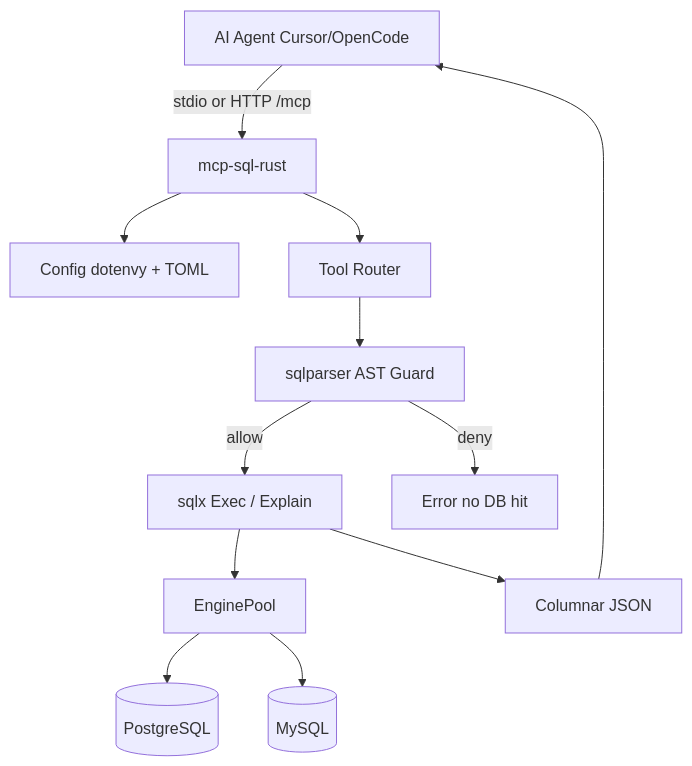
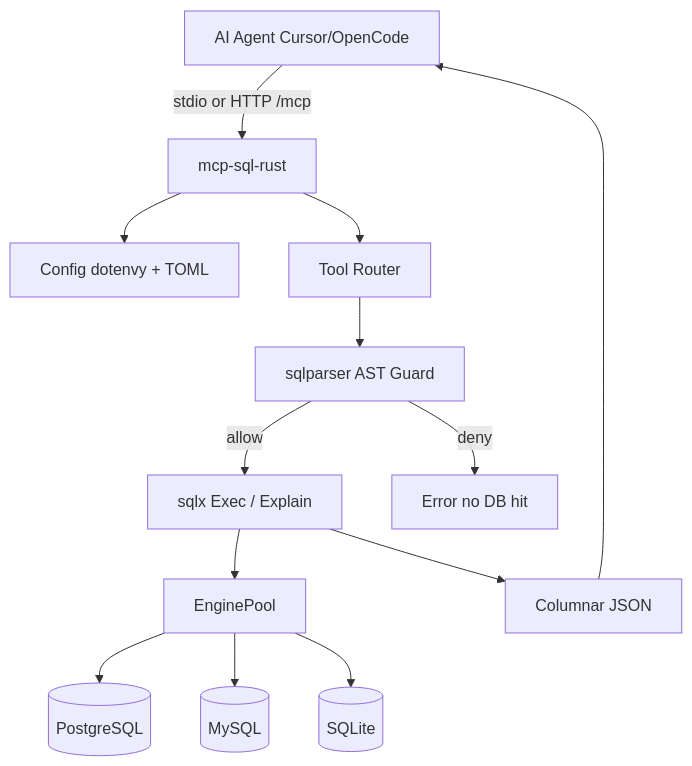
One commit to rzlco666/mcp-sql-rust changed the diagram in docs/ARCHITECTURE.md. Above: the diagram before and after it, drawn with Mermaid. The commit also changed other lines of this file and 18 other files, not shown here.

````diff
--- a/docs/ARCHITECTURE.md
+++ b/docs/ARCHITECTURE.md
@@ -14,14 +14,15 @@
 ```mermaid
 flowchart TB
   Agent[AI Agent Cursor/OpenCode] -->|stdio or HTTP /mcp| Server[mcp-sql-rust]
   Server --> Cfg[Config dotenvy + TOML]
   Server --> Tools[Tool Router]
   Tools --> Guard[sqlparser AST Guard]
   Guard -->|allow| Exec[sqlx Exec / Explain]
   Guard -->|deny| Err[Error no DB hit]
   Exec --> Pool[EnginePool]
   Pool --> PG[(PostgreSQL)]
   Pool --> MY[(MySQL)]
+  Pool --> SQ[(SQLite)]
   Exec --> Col[Columnar JSON]
   Col --> Agent
 ```
````
